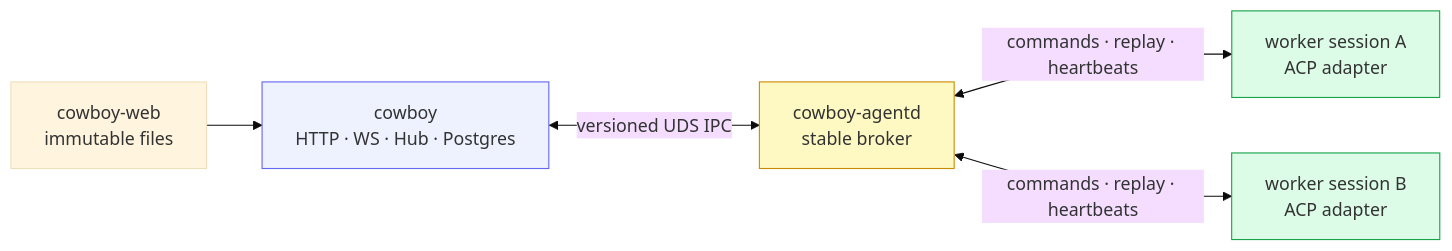
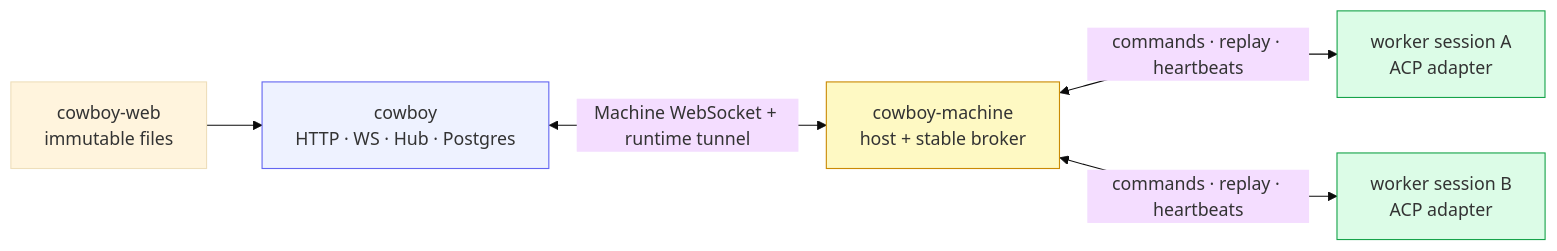
The first of 2 diagrams in docs/architecture/12-rolling-updates.md (dravengarden/cowboy), drawn with Mermaid (base theme) before and after one commit. The commit also changed other lines of this file and 22 other files, not shown here.

Commit message:
Remove legacy agentd runtime paths

````diff
--- a/docs/architecture/12-rolling-updates.md
+++ b/docs/architecture/12-rolling-updates.md
@@ -8,12 +8,12 @@
 ```mermaid
 flowchart LR
     WEB["cowboy-web\nimmutable files"] --> CORE["cowboy\nHTTP · WS · Hub · Postgres"]
-    CORE <-->|"versioned UDS IPC"| AGENTD["cowboy-agentd\nstable broker"]
-    AGENTD <-->|"commands · replay · heartbeats"| W1["worker session A\nACP adapter"]
-    AGENTD <-->|"commands · replay · heartbeats"| W2["worker session B\nACP adapter"]
+    CORE <-->|"Machine WebSocket + runtime tunnel"| MACHINE["cowboy-machine\nhost + stable broker"]
+    MACHINE <-->|"commands · replay · heartbeats"| W1["worker session A\nACP adapter"]
+    MACHINE <-->|"commands · replay · heartbeats"| W2["worker session B\nACP adapter"]
 
     style CORE fill:#eef2ff,stroke:#6366f1
-    style AGENTD fill:#fef9c3,stroke:#ca8a04
+    style MACHINE fill:#fef9c3,stroke:#ca8a04
     style W1 fill:#dcfce7,stroke:#16a34a
     style W2 fill:#dcfce7,stroke:#16a34a
 ```
````
